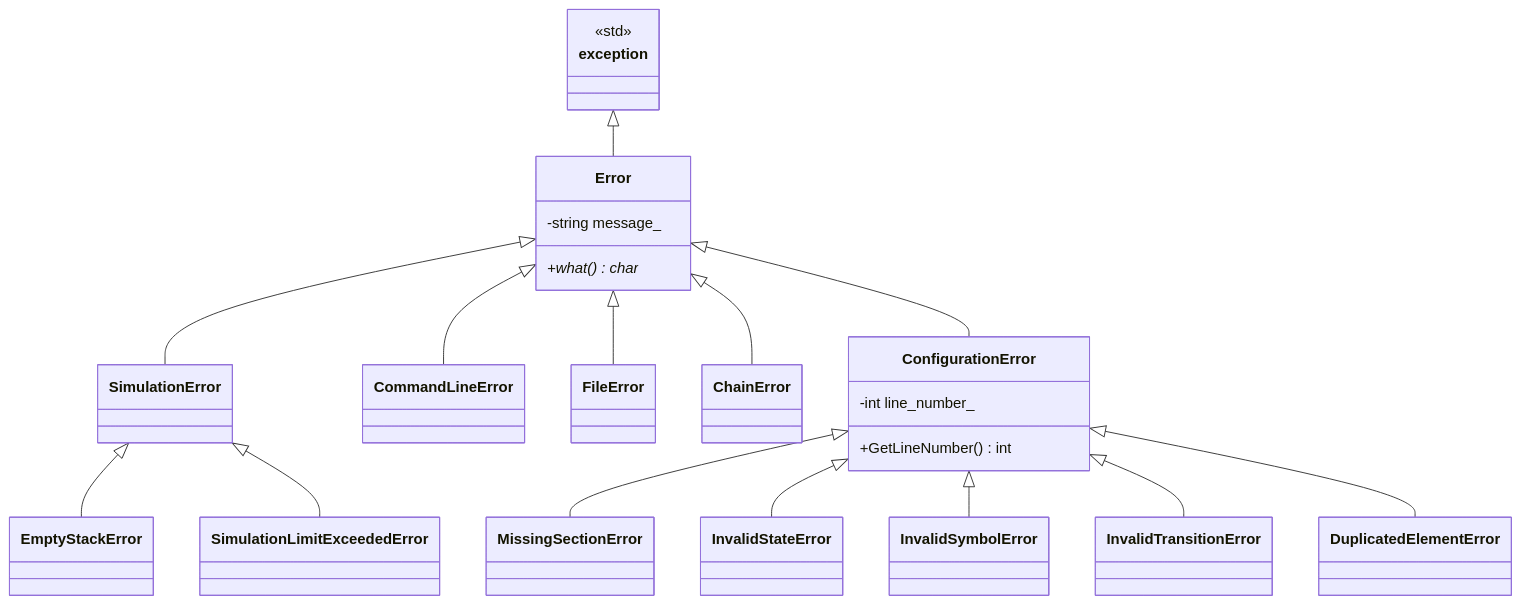
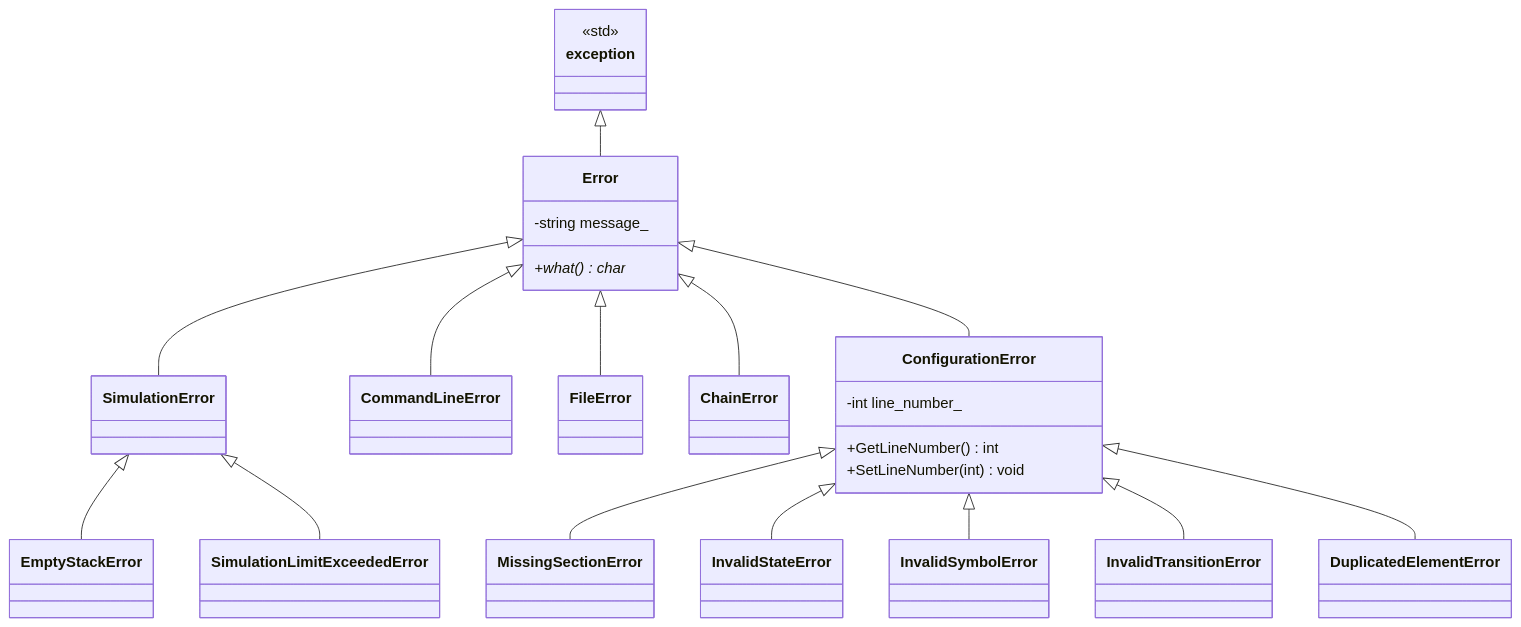
One commit to AlvaroPerezRamos/Complejidad-Computacional changed the second of 3 diagrams in practica_1/AutomataPila.md. Above: the diagram before and after it, drawn with Mermaid. The commit also changed other lines of this file, not shown here.

````diff
--- a/practica_1/AutomataPila.md
+++ b/practica_1/AutomataPila.md
@@ -249,32 +266,33 @@
 ```mermaid
 classDiagram
     direction TB
 
     class exception {
         <<std>>
     }
     class Error {
         -string message_
         +what() char*
     }
     class ConfigurationError {
         -int line_number_
         +GetLineNumber() int
+        +SetLineNumber(int) void
     }
 
     exception <|-- Error
     Error <|-- CommandLineError
     Error <|-- FileError
     Error <|-- ChainError
     Error <|-- SimulationError
     Error <|-- ConfigurationError
 
     ConfigurationError <|-- MissingSectionError
     ConfigurationError <|-- InvalidStateError
     ConfigurationError <|-- InvalidSymbolError
     ConfigurationError <|-- InvalidTransitionError
     ConfigurationError <|-- DuplicatedElementError
 
     SimulationError <|-- EmptyStackError
     SimulationError <|-- SimulationLimitExceededError
 ```
````
